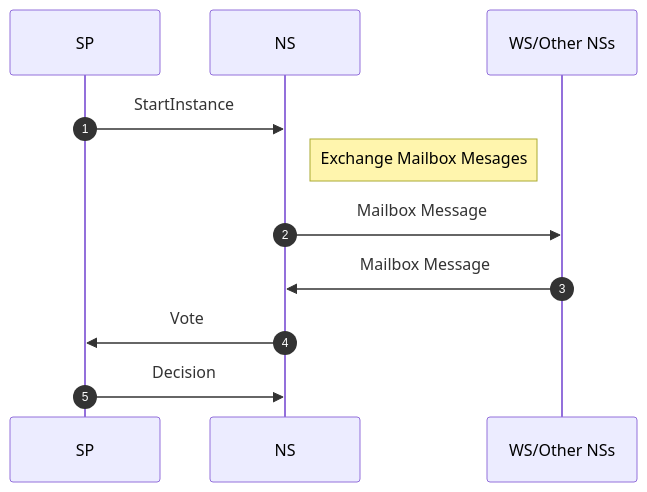
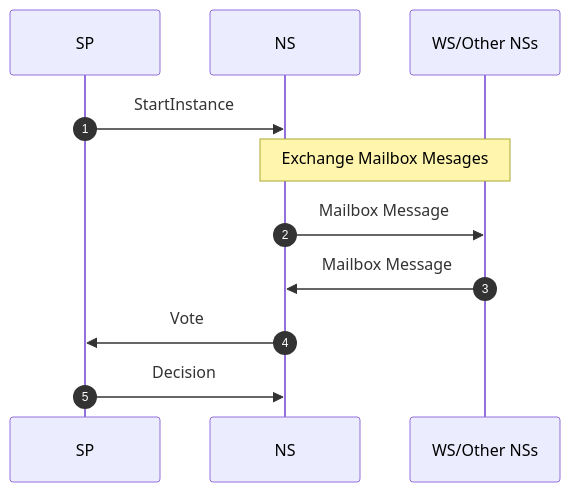
One commit to compose-network/specs changed the second of 5 diagrams in cross_domain_composability_protocol.md. Above: the diagram before and after it, drawn with Mermaid. The commit also changed other lines of this file, not shown here.

Commit message:
add WS-ER sync diagram

````diff
--- a/cross_domain_composability_protocol.md
+++ b/cross_domain_composability_protocol.md
@@ -236,16 +236,16 @@
 ```mermaid
 sequenceDiagram
     autonumber
 
     participant SP
     participant NS
     participant WS/Other NSs
 
     SP->>NS: StartInstance
-    Note right of NS: Exchange Mailbox Mesages
+    Note over NS,WS/Other NSs: Exchange Mailbox Mesages
     NS->>WS/Other NSs: Mailbox Message
     WS/Other NSs->>NS: Mailbox Message
     
     NS->>SP: Vote
     SP->>NS: Decision
 ```
````
